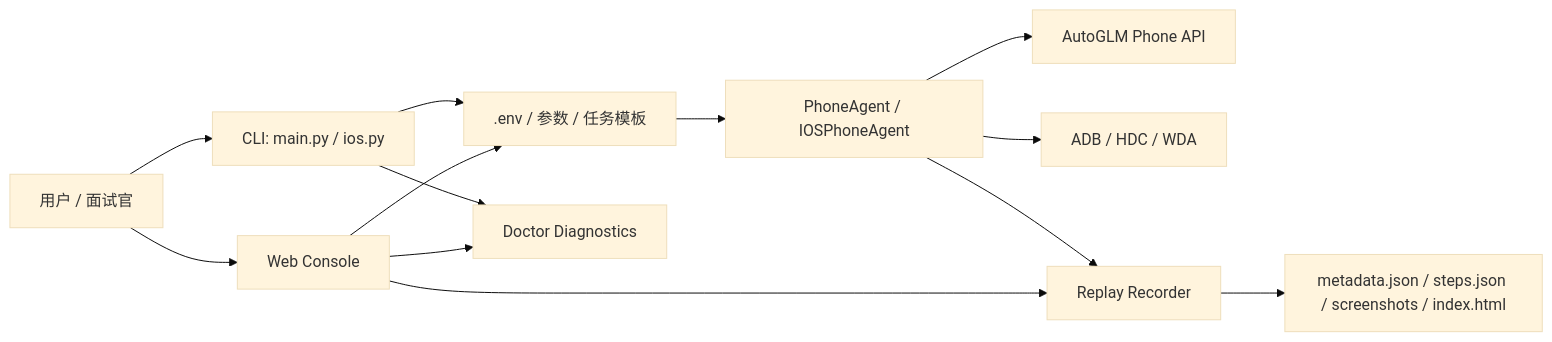
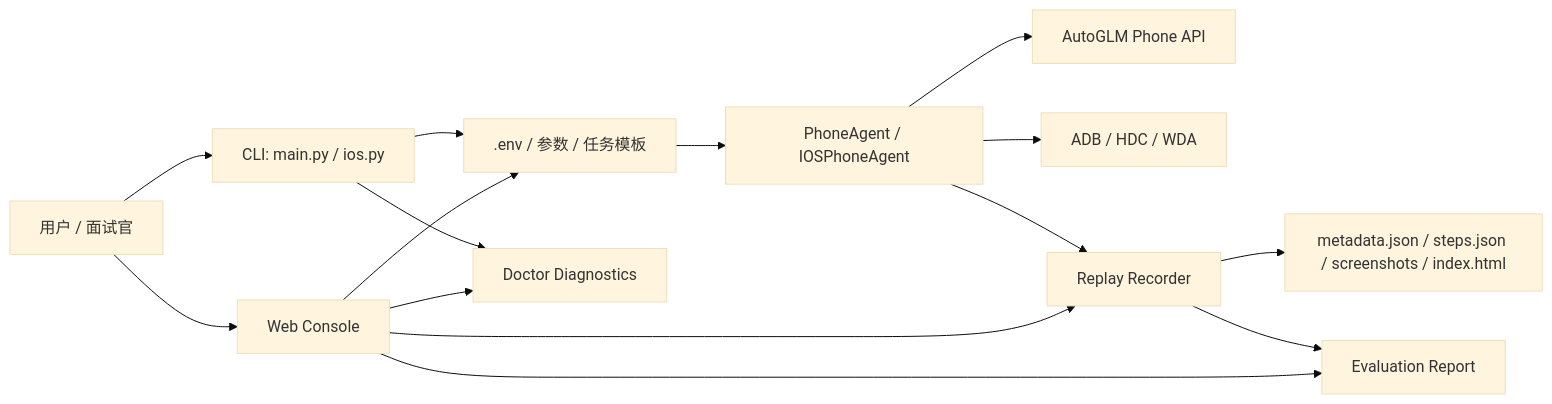
One commit to hyqhyqhyq123/BetterGLM changed the diagram in docs/betterglm_portfolio.md. Above: the diagram before and after it, drawn with Mermaid (base theme). The commit also changed other lines of this file and 7 other files, not shown here.

Commit message:
Add replay-based task evaluation

````diff
--- a/docs/betterglm_portfolio.md
+++ b/docs/betterglm_portfolio.md
@@ -23,15 +24,17 @@
 ```mermaid
 flowchart LR
     User["用户 / 面试官"] --> CLI["CLI: main.py / ios.py"]
     User --> Web["Web Console"]
     CLI --> Config[".env / 参数 / 任务模板"]
     Web --> Config
     Config --> Agent["PhoneAgent / IOSPhoneAgent"]
     Agent --> Model["AutoGLM Phone API"]
     Agent --> Device["ADB / HDC / WDA"]
     Agent --> Replay["Replay Recorder"]
     Replay --> Artifacts["metadata.json / steps.json / screenshots / index.html"]
+    Replay --> Eval["Evaluation Report"]
     Web --> Replay
+    Web --> Eval
     CLI --> Doctor["Doctor Diagnostics"]
     Web --> Doctor
 ```
````
